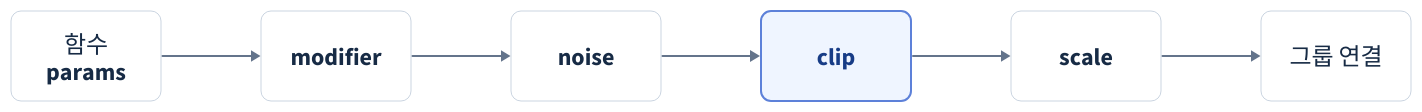
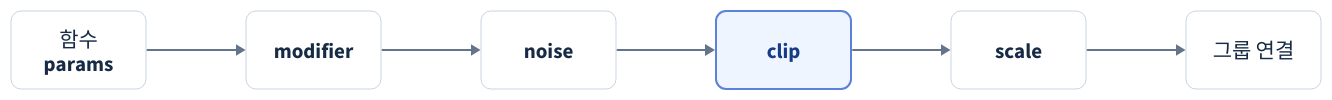
The diagram in learning-notes/reinforcement-learning/diagrams/09-observation-processing.d2 (fortex66/physical-ai-training), drawn with D2 before and after one commit. The commit also changed 44 other files, not shown here.

Commit message:
docs: add lesson 23 custom RL environment and reduce diagram sizing

```diff
--- a/learning-notes/reinforcement-learning/diagrams/09-observation-processing.d2
+++ b/learning-notes/reinforcement-learning/diagrams/09-observation-processing.d2
@@ -1,25 +1,25 @@
 direction: down
 classes: {
   box: {
-    width: 150
-    height: 90
-    style: {font-size: 24; font-color: "#172B45"; fill: "#FFFFFF"; stroke: "#CBD5E1"; stroke-width: 1; border-radius: 10}
+    width: 135
+    height: 78
+    style: {font-size: 21; font-color: "#172B45"; fill: "#FFFFFF"; stroke: "#CBD5E1"; stroke-width: 1; border-radius: 10}
   }
   focus: {
-    width: 150
-    height: 90
-    style: {font-size: 24; font-color: "#173C86"; fill: "#EFF5FF"; stroke: "#5D81D9"; stroke-width: 2; border-radius: 10}
+    width: 135
+    height: 78
+    style: {font-size: 21; font-color: "#173C86"; fill: "#EFF5FF"; stroke: "#5D81D9"; stroke-width: 2; border-radius: 10}
   }
 }
 *.class: box
-*.style.font-size: 24
+*.style.font-size: 21
 (* -> *)[*].style.stroke: "#64748B"
 (* -> *)[*].style.stroke-width: 2
 direction: right
 func: "함수\nparams"
 mod: modifier
 noise: noise
 clip: clip {class: focus}
 scale: scale
 concat: 그룹 연결
 func -> mod -> noise -> clip -> scale -> concat
```
